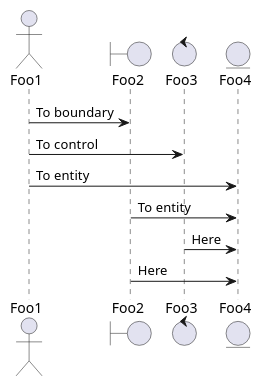
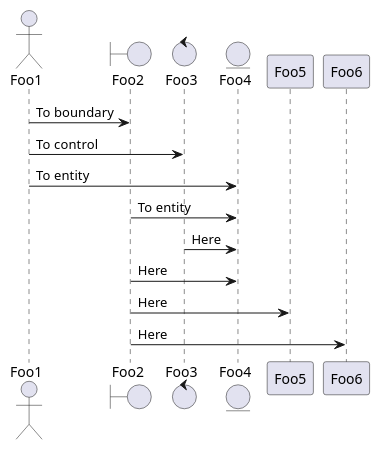
One commit to jiaojie1989/plantuml-nb changed the diagram in src/main/resources/org/netbeans/modules/plantumlnb/PUMLTemplate.puml. Above: the diagram before and after it, drawn with PlantUML. The commit also changed 3 other files, not shown here.

```diff
--- a/src/main/resources/org/netbeans/modules/plantumlnb/PUMLTemplate.puml
+++ b/src/main/resources/org/netbeans/modules/plantumlnb/PUMLTemplate.puml
@@ -2,17 +2,19 @@
 @startuml
     actor Foo1
     boundary Foo2
     control Foo3
     entity Foo4
 
     Foo1 -> Foo2 : To boundary
     Foo1 -> Foo3 : To control
     Foo1 -> Foo4 : To entity
 
     Foo2 -> Foo4 : To entity
 
     Foo3 -> Foo4 : Here
 
     Foo2 -> Foo4 : Here
+    Foo2 -> Foo5 : Here
+    Foo2 -> Foo6 : Here
 
 @enduml
```
